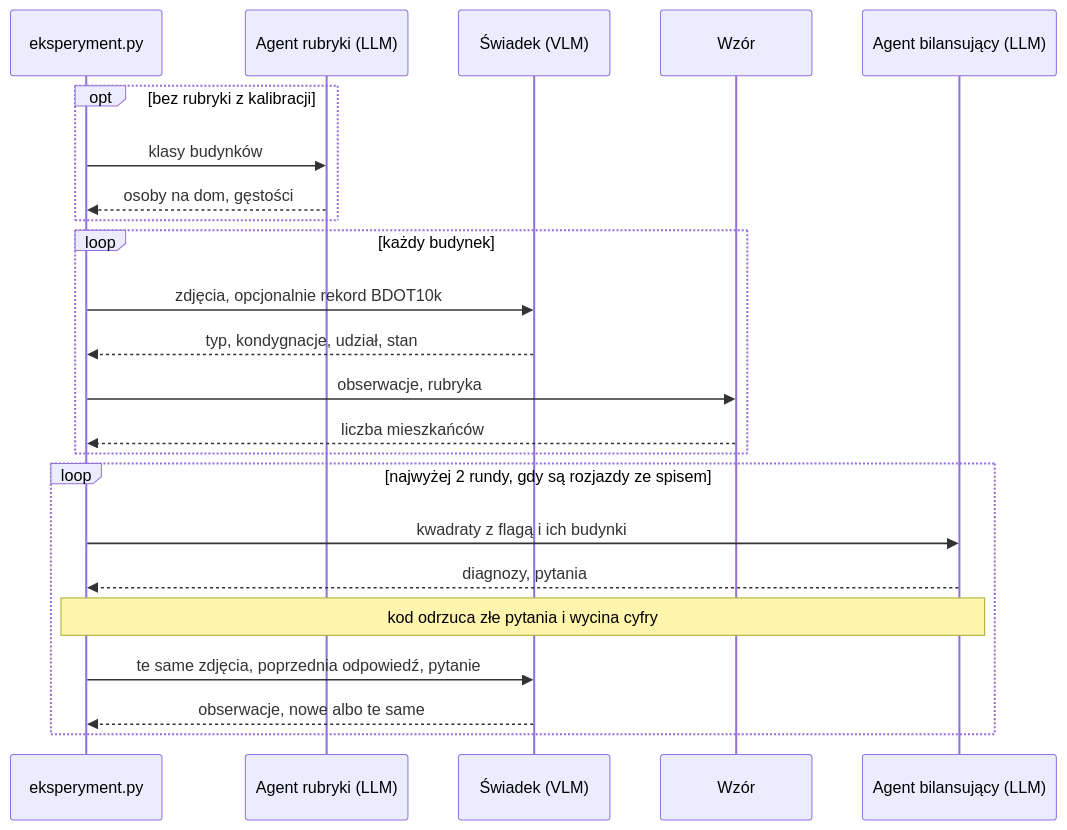
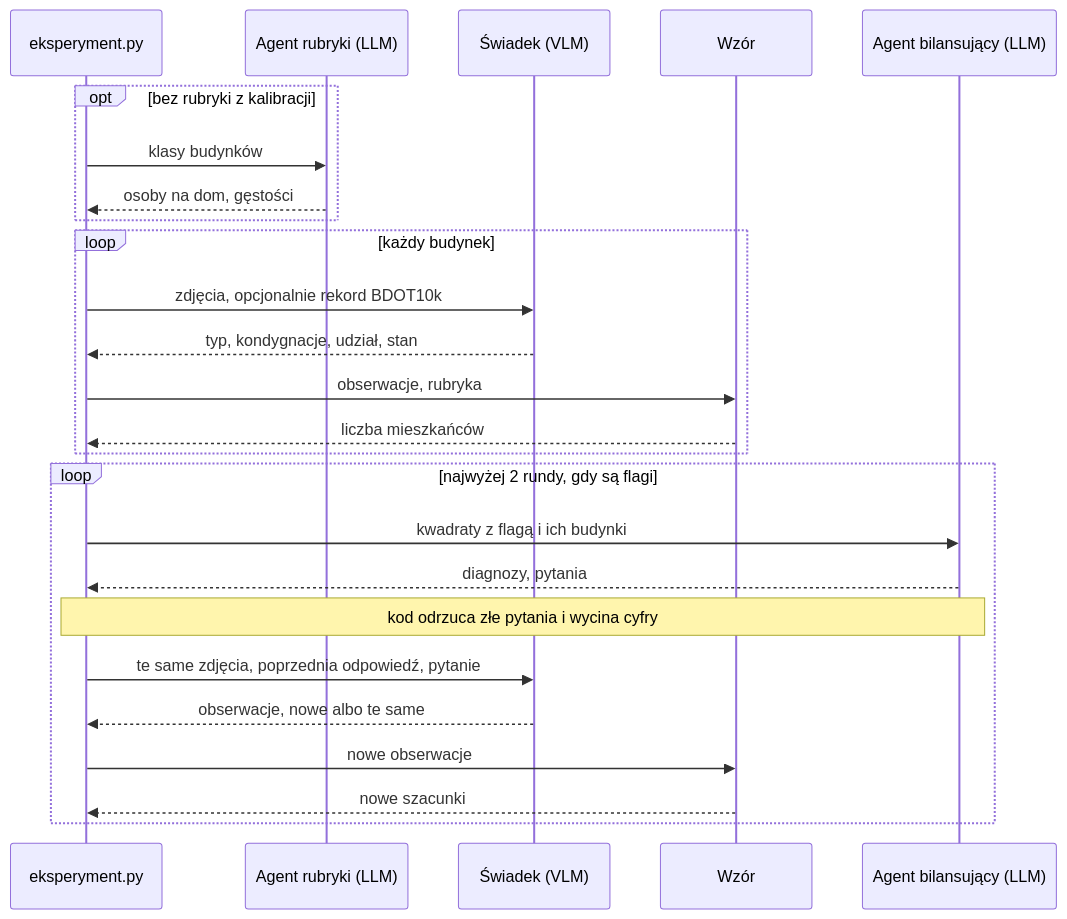
Before and after one commit to wust-terrain/wroclaw-population-agents: the diagram in README.md, drawn with Mermaid. The commit also changed other lines of this file, not shown here.

````diff
--- a/README.md
+++ b/README.md
@@ -15,25 +47,27 @@
 ```mermaid
 sequenceDiagram
     participant E as eksperyment.py
     participant R as Agent rubryki (LLM)
     participant S as Świadek (VLM)
     participant W as Wzór
     participant A as Agent bilansujący (LLM)
     opt bez rubryki z kalibracji
         E->>R: klasy budynków
         R-->>E: osoby na dom, gęstości
     end
     loop każdy budynek
         E->>S: zdjęcia, opcjonalnie rekord BDOT10k
         S-->>E: typ, kondygnacje, udział, stan
         E->>W: obserwacje, rubryka
         W-->>E: liczba mieszkańców
     end
-    loop najwyżej 2 rundy, gdy są rozjazdy ze spisem
+    loop najwyżej 2 rundy, gdy są flagi
         E->>A: kwadraty z flagą i ich budynki
         A-->>E: diagnozy, pytania
         Note over E,A: kod odrzuca złe pytania i wycina cyfry
         E->>S: te same zdjęcia, poprzednia odpowiedź, pytanie
         S-->>E: obserwacje, nowe albo te same
+        E->>W: nowe obserwacje
+        W-->>E: nowe szacunki
     end
 ```
````
